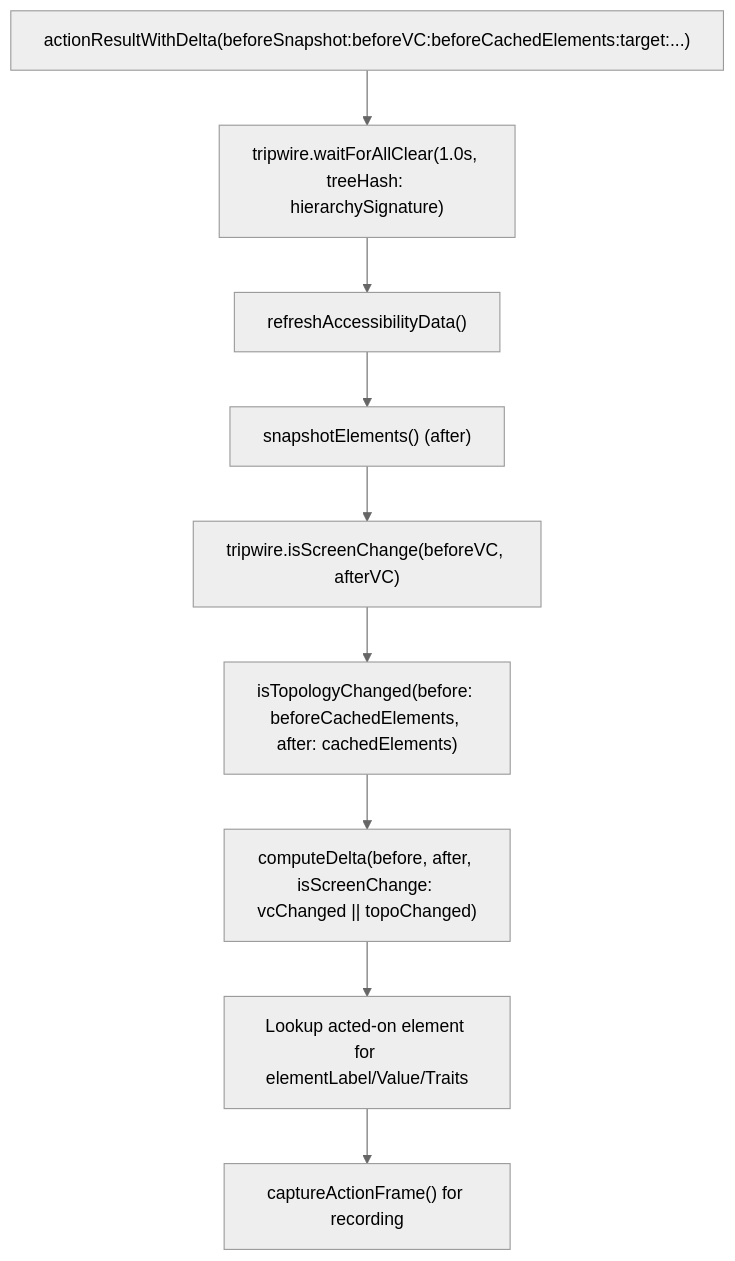
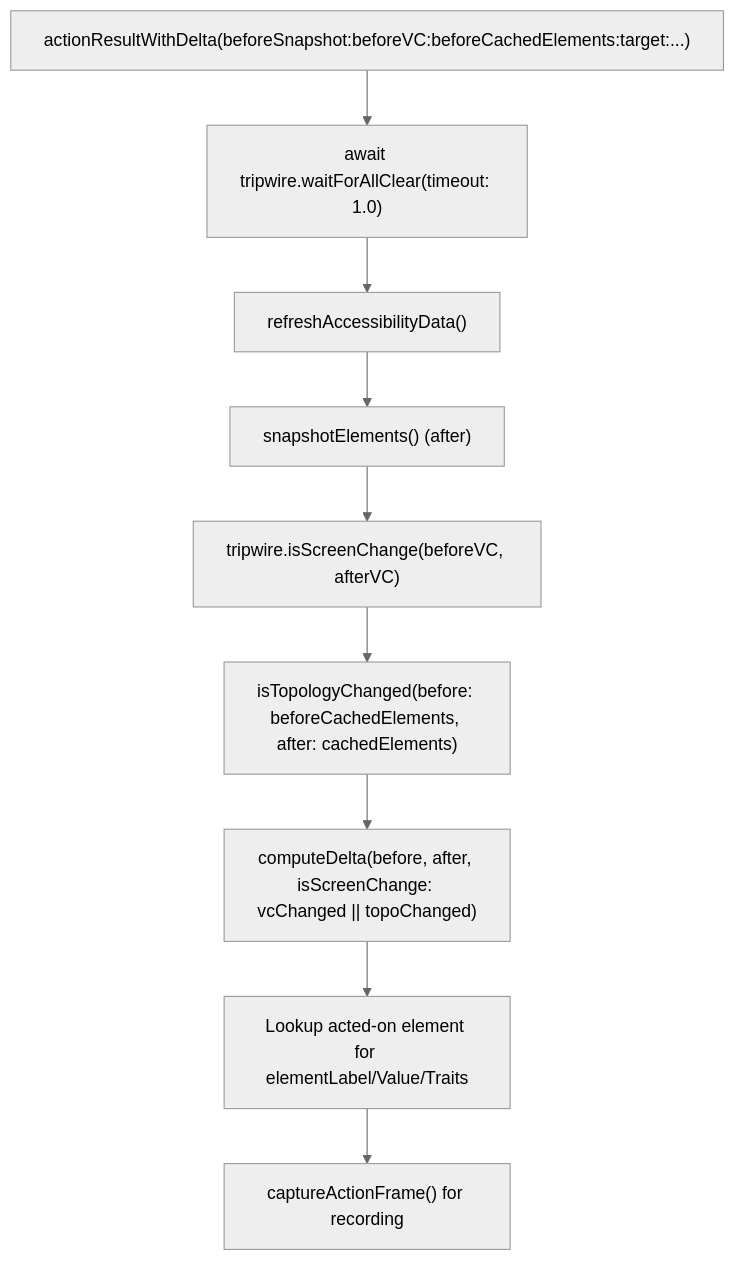
Before and after one commit to RoyalPineapple/TheButtonHeist: the fourth of 4 diagrams in docs/dossiers/13-THEBAGMAN.md, drawn with Mermaid (neutral theme). The commit also changed other lines of this file and 11 other files, not shown here.

````diff
--- a/docs/dossiers/13-THEBAGMAN.md
+++ b/docs/dossiers/13-THEBAGMAN.md
@@ -126,12 +126,12 @@
 ```mermaid
 flowchart TD
     Start["actionResultWithDelta(beforeSnapshot:beforeVC:beforeCachedElements:target:...)"]
-    Start --> WaitAllClear["tripwire.waitForAllClear(1.0s, treeHash: hierarchySignature)"]
+    Start --> WaitAllClear["await tripwire.waitForAllClear(timeout: 1.0)"]
     WaitAllClear --> Refresh["refreshAccessibilityData()"]
     Refresh --> Snapshot["snapshotElements() (after)"]
     Snapshot --> VCCheck["tripwire.isScreenChange(beforeVC, afterVC)"]
     VCCheck --> TopoCheck["isTopologyChanged(before: beforeCachedElements, after: cachedElements)"]
     TopoCheck --> Delta["computeDelta(before, after, isScreenChange: vcChanged || topoChanged)"]
     Delta --> Lookup["Lookup acted-on element for elementLabel/Value/Traits"]
     Lookup --> Frame["captureActionFrame() for recording"]
 ```
````
